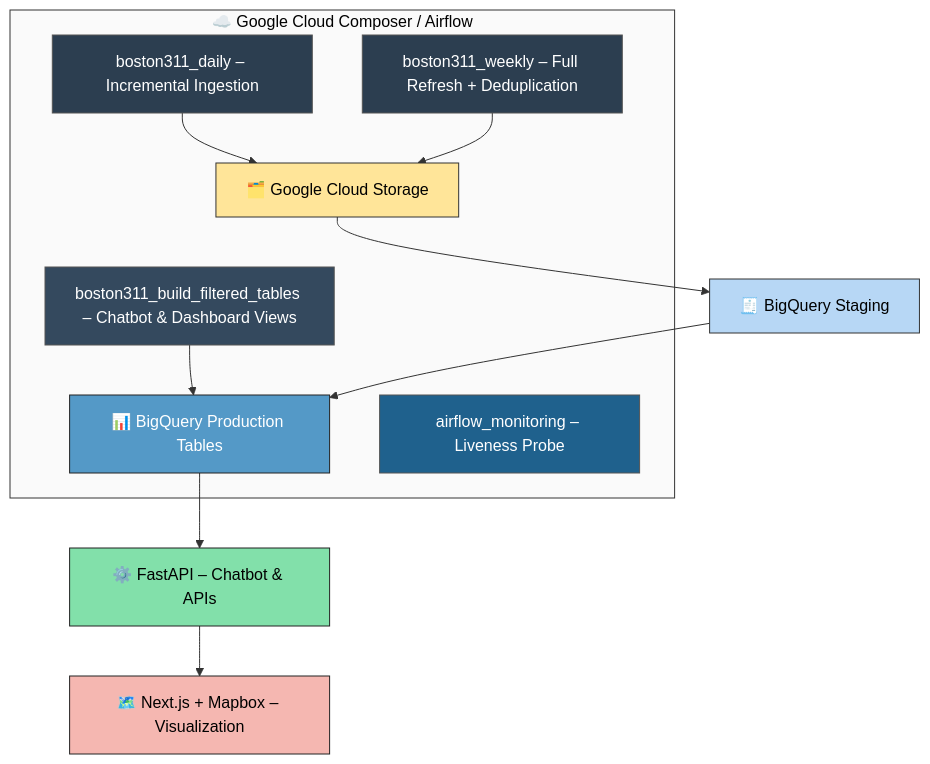
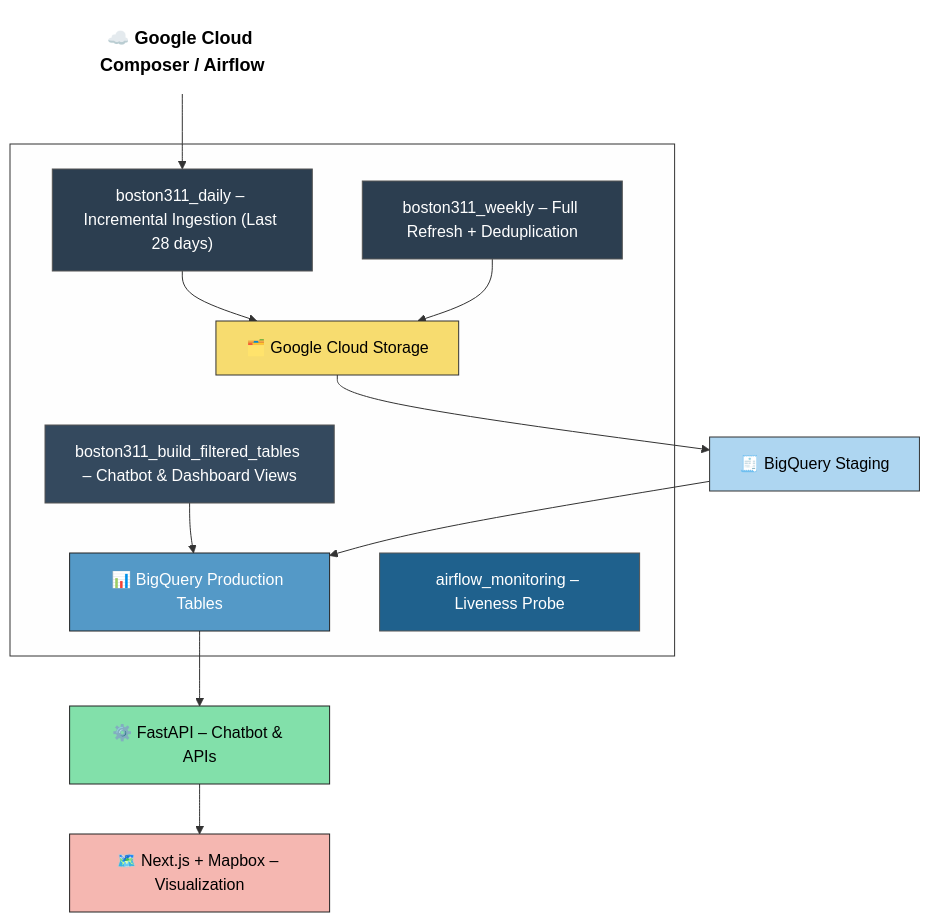
One commit to sharonjennifer/boston-311-ai-system changed the diagram in README.md. Above: the diagram before and after it, drawn with Mermaid.

````diff
--- a/README.md
+++ b/README.md
@@ -20,26 +19,32 @@
 ```mermaid
 flowchart TD
-    subgraph Composer["☁️ Google Cloud Composer / Airflow"]
-        D1["boston311_daily – Incremental Ingestion "] --> GCS["🗂️ Google Cloud Storage"]
+    T0["☁️ Google Cloud Composer / Airflow"]:::title
+
+    subgraph Composer[" "]
+        D1["boston311_daily – Incremental Ingestion (Last 28 days)"] --> GCS["🗂️ Google Cloud Storage"]
         D2["boston311_weekly – Full Refresh + Deduplication"] --> GCS
         D3["boston311_build_filtered_tables – Chatbot & Dashboard Views"] --> BQ2["📊 BigQuery Production Tables"]
         D4["airflow_monitoring – Liveness Probe"]
     end
 
     GCS --> BQ1["🧾 BigQuery Staging"]
     BQ1 --> BQ2
     BQ2 --> API["⚙️ FastAPI – Chatbot & APIs"]
     API --> WEB["🗺️ Next.js + Mapbox – Visualization"]
 
+    %% Connect Title to Subgraph
+    T0 --> D1
+
     %% Styling
-    style Composer fill:#fafafa,stroke:#333,stroke-width:1px,color:#000
-    style GCS fill:#ffe599,stroke:#333,stroke-width:1px,color:#000
-    style BQ1 fill:#b7d7f5,stroke:#333,stroke-width:1px,color:#000
+    classDef title fill:#ffffff,stroke:none,font-weight:bold,font-size:18px,color:#000,text-align:center;
+    style Composer fill:#fefefe,stroke:#333,stroke-width:1px
+    style GCS fill:#f7dc6f,stroke:#333,stroke-width:1px,color:#000
+    style BQ1 fill:#aed6f1,stroke:#333,stroke-width:1px,color:#000
     style BQ2 fill:#5499c7,stroke:#222,stroke-width:1px,color:#fff
     style API fill:#82e0aa,stroke:#222,stroke-width:1px,color:#000
     style WEB fill:#f5b7b1,stroke:#222,stroke-width:1px,color:#000
     style D1 fill:#2c3e50,stroke:#555,stroke-width:1px,color:#fff
     style D2 fill:#2c3e50,stroke:#555,stroke-width:1px,color:#fff
     style D3 fill:#34495e,stroke:#555,stroke-width:1px,color:#fff
     style D4 fill:#1f618d,stroke:#555,stroke-width:1px,color:#fff
 ```
````
